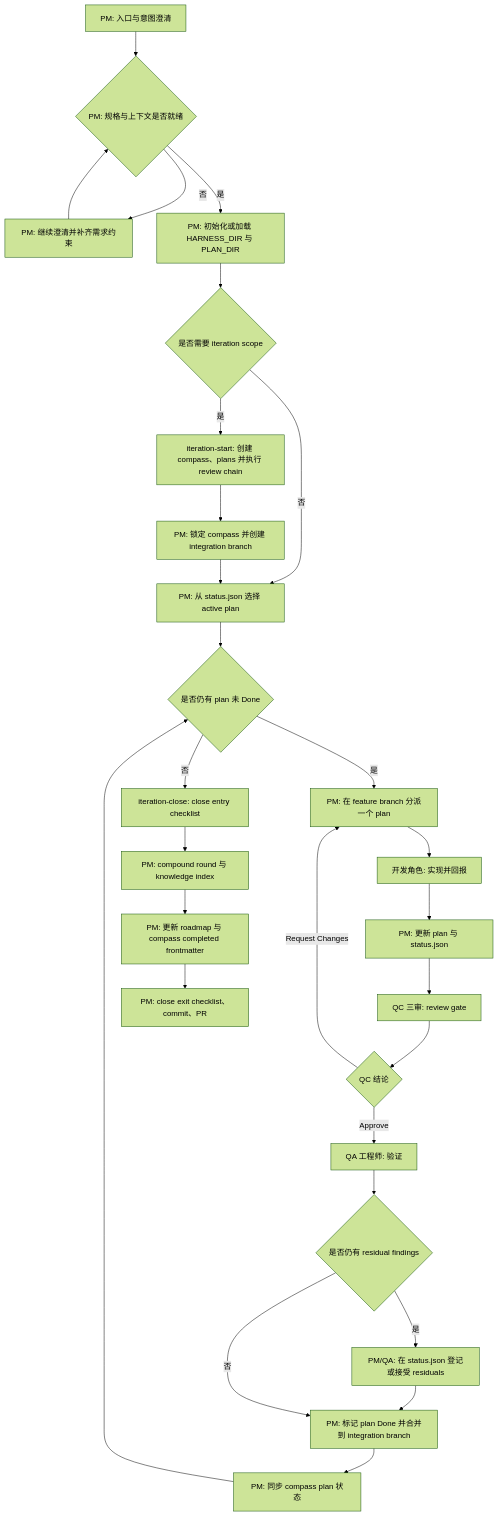
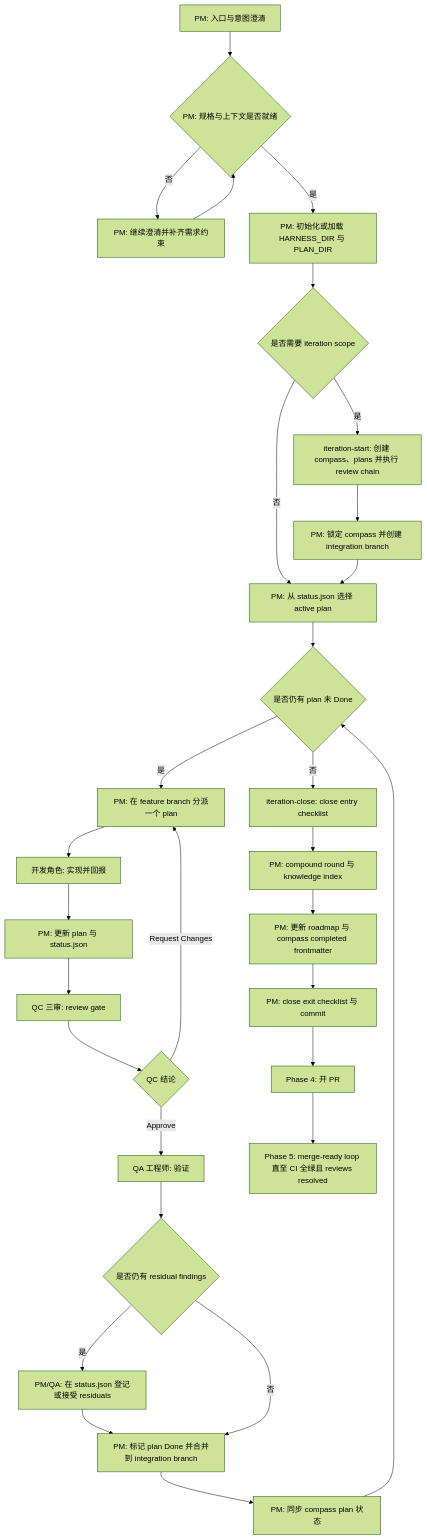
Before and after one commit to btspoony/mstar-harness: the diagram in README_CN.md, drawn with Mermaid (forest theme). The commit also changed other lines of this file and 8 other files, not shown here.

````diff
--- a/README_CN.md
+++ b/README_CN.md
@@ -192,30 +192,32 @@
 ```mermaid
 flowchart TD
     A["PM: 入口与意图澄清"] --> B{"PM: 规格与上下文是否就绪"}
     B -->|否| C["PM: 继续澄清并补齐需求约束"]
     C --> B
     B -->|是| D["PM: 初始化或加载 HARNESS_DIR 与 PLAN_DIR"]
     D --> E{"是否需要 iteration scope"}
     E -->|是| F["iteration-start: 创建 compass、plans 并执行 review chain"]
     F --> G["PM: 锁定 compass 并创建 integration branch"]
     E -->|否| H["PM: 从 status.json 选择 active plan"]
     G --> H
     H --> I{"是否仍有 plan 未 Done"}
     I -->|是| J["PM: 在 feature branch 分派一个 plan"]
     J --> K["开发角色: 实现并回报"]
     K --> L["PM: 更新 plan 与 status.json"]
     L --> M["QC 三审: review gate"]
     M --> N{"QC 结论"}
     N -->|Request Changes| J
     N -->|Approve| O["QA 工程师: 验证"]
     O --> P{"是否仍有 residual findings"}
     P -->|是| Q["PM/QA: 在 status.json 登记或接受 residuals"]
     Q --> R["PM: 标记 plan Done 并合并到 integration branch"]
     P -->|否| R
     R --> S["PM: 同步 compass plan 状态"]
     S --> I
     I -->|否| T["iteration-close: close entry checklist"]
     T --> U["PM: compound round 与 knowledge index"]
     U --> V["PM: 更新 roadmap 与 compass completed frontmatter"]
-    V --> W["PM: close exit checklist、commit、PR"]
+    V --> W["PM: close exit checklist 与 commit"]
+    W --> X["Phase 4: 开 PR"]
+    X --> Y["Phase 5: merge-ready loop 直至 CI 全绿且 reviews resolved"]
 ```
````
